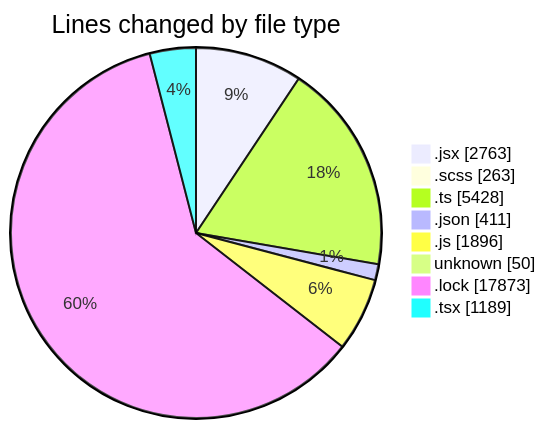
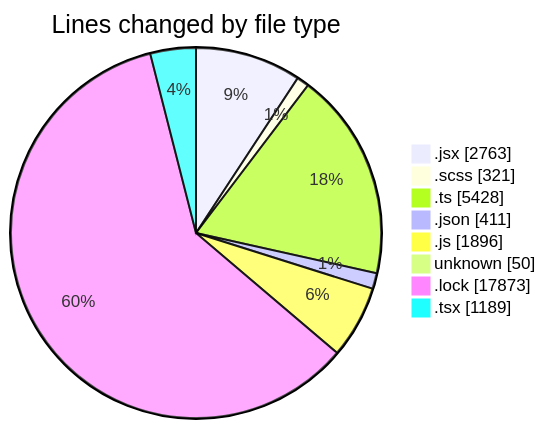
Before and after one commit to momahboobian/code-tracking: the first of 2 diagrams in 2026-09-01/cda/README.md, drawn with Mermaid. The commit also changed other lines of this file and 1 other file, not shown here.

````diff
--- a/2026-09-01/cda/README.md
+++ b/2026-09-01/cda/README.md
@@ -77,12 +77,12 @@
 ```mermaid
 pie showData
 title Lines changed by file type
 ".jsx" : 2763
-".scss" : 263
+".scss" : 321
 ".ts" : 5428
 ".json" : 411
 ".js" : 1896
 "unknown" : 50
 ".lock" : 17873
 ".tsx" : 1189
 ```
````
